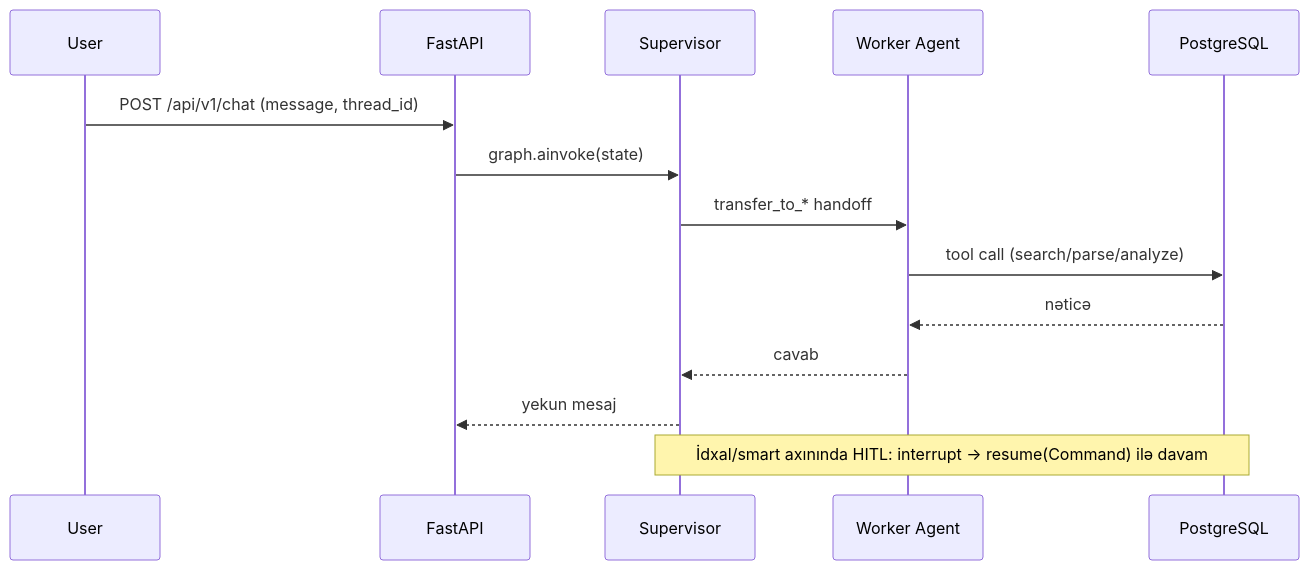
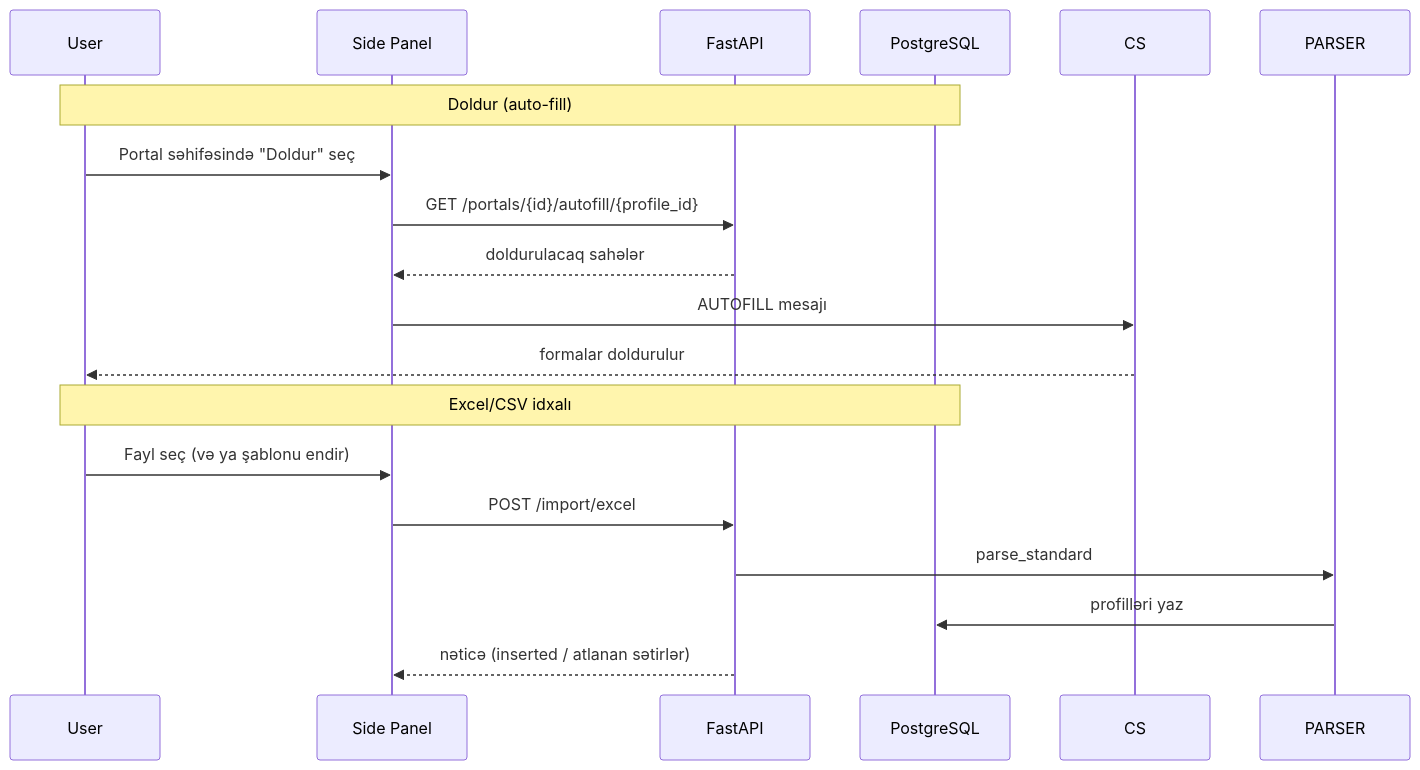
Before and after one commit to nihat2001/TaxPro: the second of 2 diagrams in README.md, drawn with Mermaid. The commit also changed other lines of this file, not shown here.

````diff
--- a/README.md
+++ b/README.md
@@ -78,16 +67,19 @@
 ```mermaid
 sequenceDiagram
     participant U as User
+    participant P as Side Panel
     participant API as FastAPI
-    participant G as Supervisor
-    participant W as Worker Agent
     participant DB as PostgreSQL
-    U->>API: POST /api/v1/chat (message, thread_id)
-    API->>G: graph.ainvoke(state)
-    G->>W: transfer_to_* handoff
-    W->>DB: tool call (search/parse/analyze)
-    DB-->>W: nəticə
-    W-->>G: cavab
-    G-->>API: yekun mesaj
-    Note over G,DB: İdxal/smart axınında HITL: interrupt → resume(Command) ilə davam
+    Note over U,DB: Doldur (auto-fill)
+    U->>P: Portal səhifəsində "Doldur" seç
+    P->>API: GET /portals/{id}/autofill/{profile_id}
+    API-->>P: doldurulacaq sahələr
+    P->>CS: AUTOFILL mesajı
+    CS-->>U: formalar doldurulur
+    Note over U,DB: Excel/CSV idxalı
+    U->>P: Fayl seç (və ya şablonu endir)
+    P->>API: POST /import/excel
+    API->>PARSER: parse_standard
+    PARSER->>DB: profilləri yaz
+    API-->>P: nəticə (inserted / atlanan sətirlər)
 ```
````
